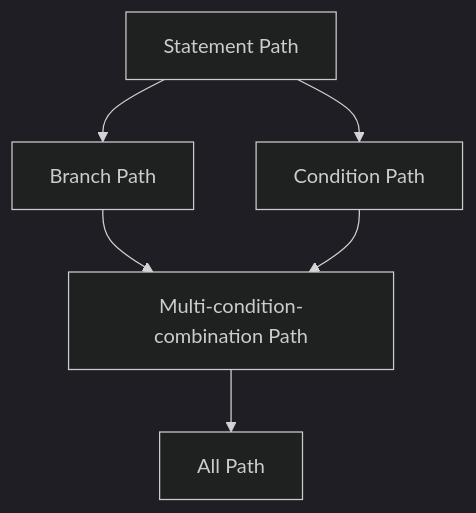
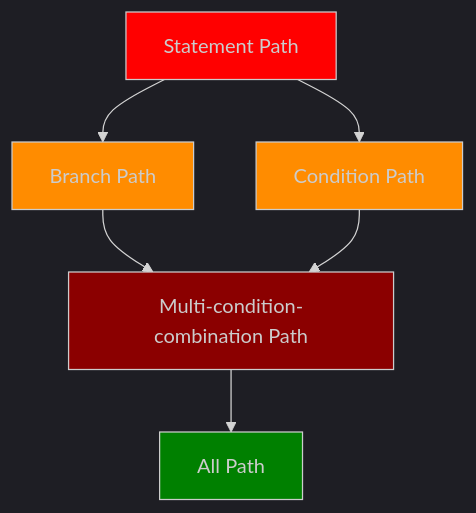
Before and after one commit to AlexTrinityBlock/blog: the eighth of 8 diagrams in content/post/cicd/軟體測試的覆蓋準則.md, drawn with Mermaid. The commit also changed 1 other file, not shown here.

```diff
--- a/content/post/cicd/軟體測試的覆蓋準則.md
+++ b/content/post/cicd/軟體測試的覆蓋準則.md
@@ -193,9 +193,14 @@
 <div class="mermaid">
 %%{init: {'theme':'dark'}}%%
 graph TD
     A[Statement Path] --> B[Branch Path]
     A[Statement Path] --> C[Condition Path]
     B --> D[Multi-condition-combination Path]
     C --> D[Multi-condition-combination Path]
     D[Multi-condition-combination Path]-->E[All Path]
+    style A  fill:red
+    style B  fill:darkorange
+    style C  fill:darkorange
+    style D  fill:darkred
+    style E  fill:green
 </div>
```
